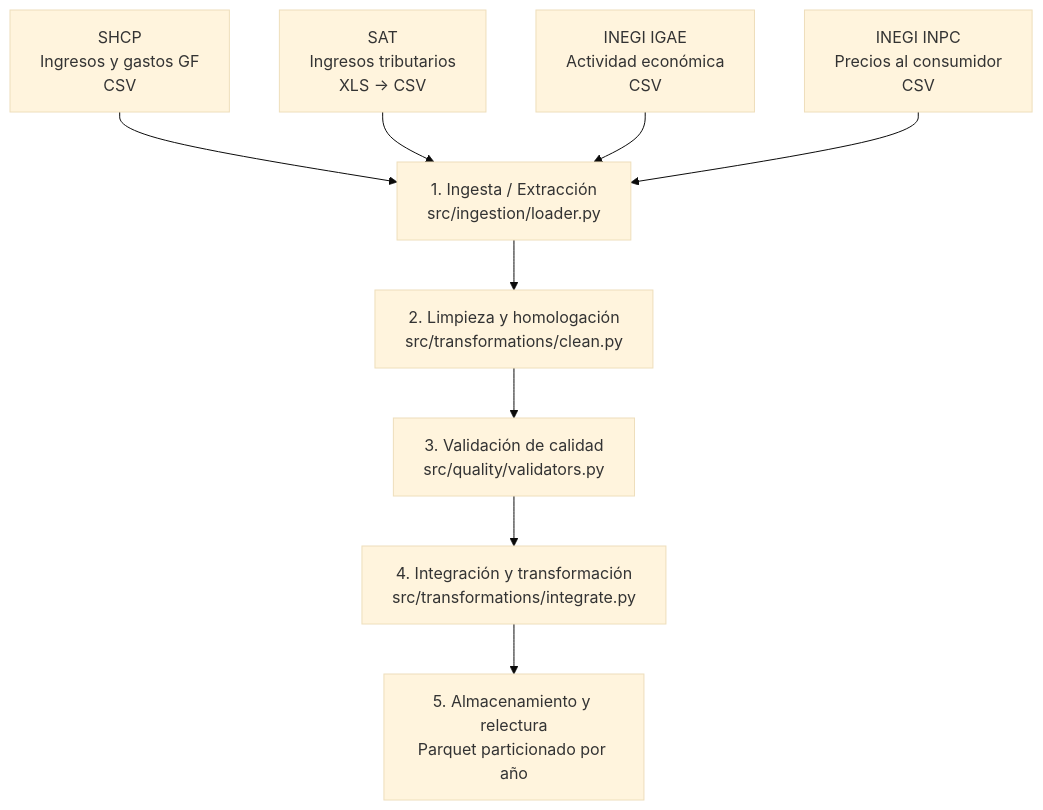
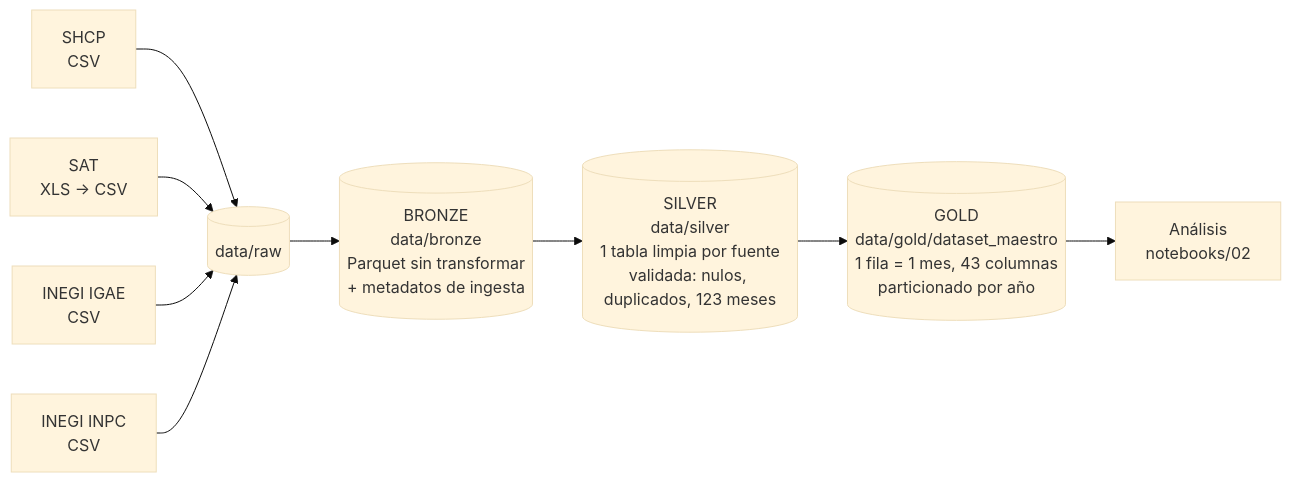
Before and after one commit to lunatix/Integrador-PGBD-26A: the diagram in README.md, drawn with Mermaid (base theme). The commit also changed other lines of this file and 4 other files, not shown here.

````diff
--- a/README.md
+++ b/README.md
@@ -16,11 +45,11 @@
 ```mermaid
-flowchart TD
-    A1[SHCP<br/>Ingresos y gastos GF<br/>CSV] --> B
-    A2[SAT<br/>Ingresos tributarios<br/>XLS → CSV] --> B
-    A3[INEGI IGAE<br/>Actividad económica<br/>CSV] --> B
-    A4[INEGI INPC<br/>Precios al consumidor<br/>CSV] --> B
-    B[1. Ingesta / Extracción<br/>src/ingestion/loader.py] --> C[2. Limpieza y homologación<br/>src/transformations/clean.py]
-    C --> D[3. Validación de calidad<br/>src/quality/validators.py]
-    D --> E[4. Integración y transformación<br/>src/transformations/integrate.py]
-    E --> F[5. Almacenamiento y relectura<br/>Parquet particionado por año]
+flowchart LR
+    A1[SHCP<br/>CSV] --> R
+    A2[SAT<br/>XLS → CSV] --> R
+    A3[INEGI IGAE<br/>CSV] --> R
+    A4[INEGI INPC<br/>CSV] --> R
+    R[(data/raw)] --> B[(BRONZE<br/>data/bronze<br/>Parquet sin transformar<br/>+ metadatos de ingesta)]
+    B --> S[(SILVER<br/>data/silver<br/>1 tabla limpia por fuente<br/>validada: nulos, duplicados, 123 meses)]
+    S --> G[(GOLD<br/>data/gold/dataset_maestro<br/>1 fila = 1 mes, 43 columnas<br/>particionado por año)]
+    G --> N[Análisis<br/>notebooks/02]
 ```
````
